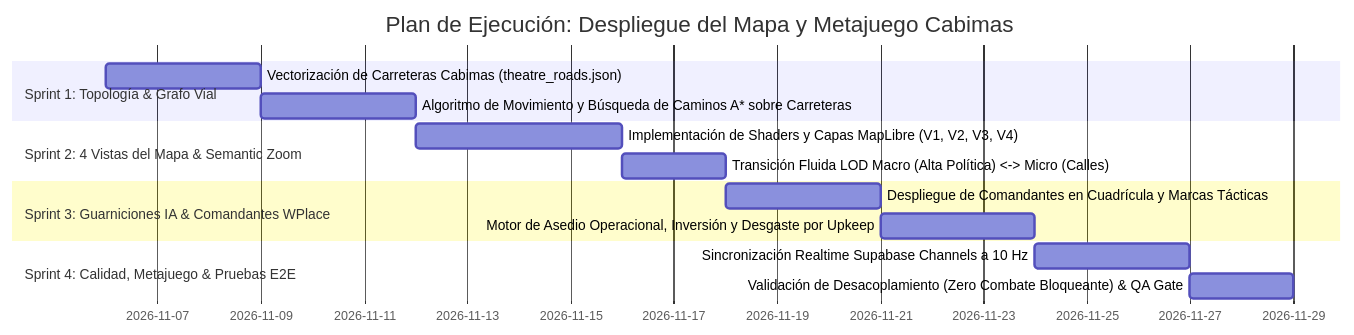
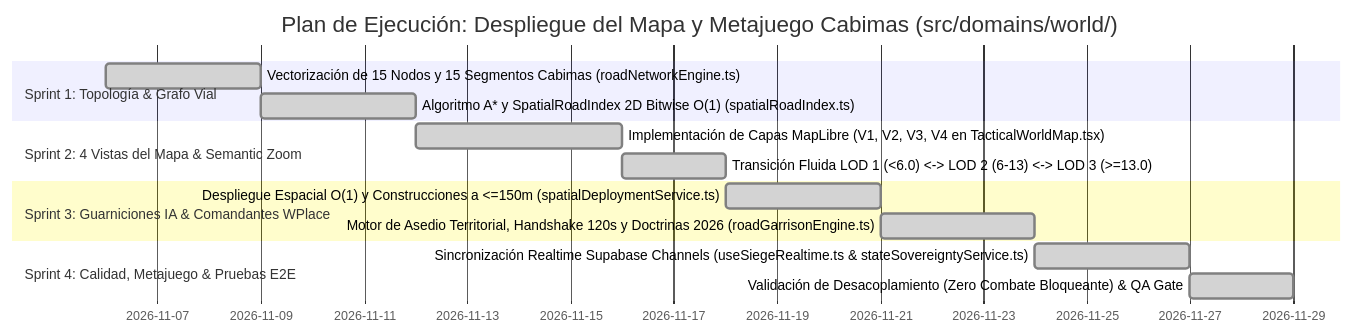
One commit to davikisea/GEOTACTICS-ONLINE changed the eighth of 8 diagrams in docs/ANALISIS_PROJECT_ALICE_RUTAS_INGENIERIA_MAPA_METAPOLITICA.md. Above: the diagram before and after it, drawn with Mermaid. The commit also changed other lines of this file and 352 other files, not shown here.

Commit message:
feat(architecture): migración modular a 4 dominios (@domains/*), consolidación de base de datos y sincronización de suites deterministas

````diff
--- a/docs/ANALISIS_PROJECT_ALICE_RUTAS_INGENIERIA_MAPA_METAPOLITICA.md
+++ b/docs/ANALISIS_PROJECT_ALICE_RUTAS_INGENIERIA_MAPA_METAPOLITICA.md
@@ -421,17 +560,17 @@
 ```mermaid
 gantt
-    title Plan de Ejecución: Despliegue del Mapa y Metajuego Cabimas
+    title Plan de Ejecución: Despliegue del Mapa y Metajuego Cabimas (src/domains/world/)
     dateFormat  YYYY-MM-DD
     section Sprint 1: Topología & Grafo Vial
-    Vectorización de Carreteras Cabimas (theatre_roads.json) :2026-11-06, 3d
-    Algoritmo de Movimiento y Búsqueda de Caminos A* sobre Carreteras :2026-11-09, 3d
+    Vectorización de 15 Nodos y 15 Segmentos Cabimas (roadNetworkEngine.ts) :done, 2026-11-06, 3d
+    Algoritmo A* y SpatialRoadIndex 2D Bitwise O(1) (spatialRoadIndex.ts) :done, 2026-11-09, 3d
     section Sprint 2: 4 Vistas del Mapa & Semantic Zoom
-    Implementación de Shaders y Capas MapLibre (V1, V2, V3, V4) :2026-11-12, 4d
-    Transición Fluida LOD Macro (Alta Política) <-> Micro (Calles) :2026-11-16, 2d
+    Implementación de Capas MapLibre (V1, V2, V3, V4 en TacticalWorldMap.tsx) :done, 2026-11-12, 4d
+    Transición Fluida LOD 1 (<6.0) <-> LOD 2 (6-13) <-> LOD 3 (>=13.0) :done, 2026-11-16, 2d
     section Sprint 3: Guarniciones IA & Comandantes WPlace
-    Despliegue de Comandantes en Cuadrícula y Marcas Tácticas :2026-11-18, 3d
-    Motor de Asedio Operacional, Inversión y Desgaste por Upkeep :2026-11-21, 3d
+    Despliegue Espacial O(1) y Construcciones a <=150m (spatialDeploymentService.ts) :done, 2026-11-18, 3d
+    Motor de Asedio Territorial, Handshake 120s y Doctrinas 2026 (roadGarrisonEngine.ts) :done, 2026-11-21, 3d
     section Sprint 4: Calidad, Metajuego & Pruebas E2E
-    Sincronización Realtime Supabase Channels a 10 Hz :2026-11-24, 3d
-    Validación de Desacoplamiento (Zero Combate Bloqueante) & QA Gate :2026-11-27, 2d
+    Sincronización Realtime Supabase Channels (useSiegeRealtime.ts & stateSovereigntyService.ts) :done, 2026-11-24, 3d
+    Validación de Desacoplamiento (Zero Combate Bloqueante) & QA Gate :done, 2026-11-27, 2d
 ```
````
